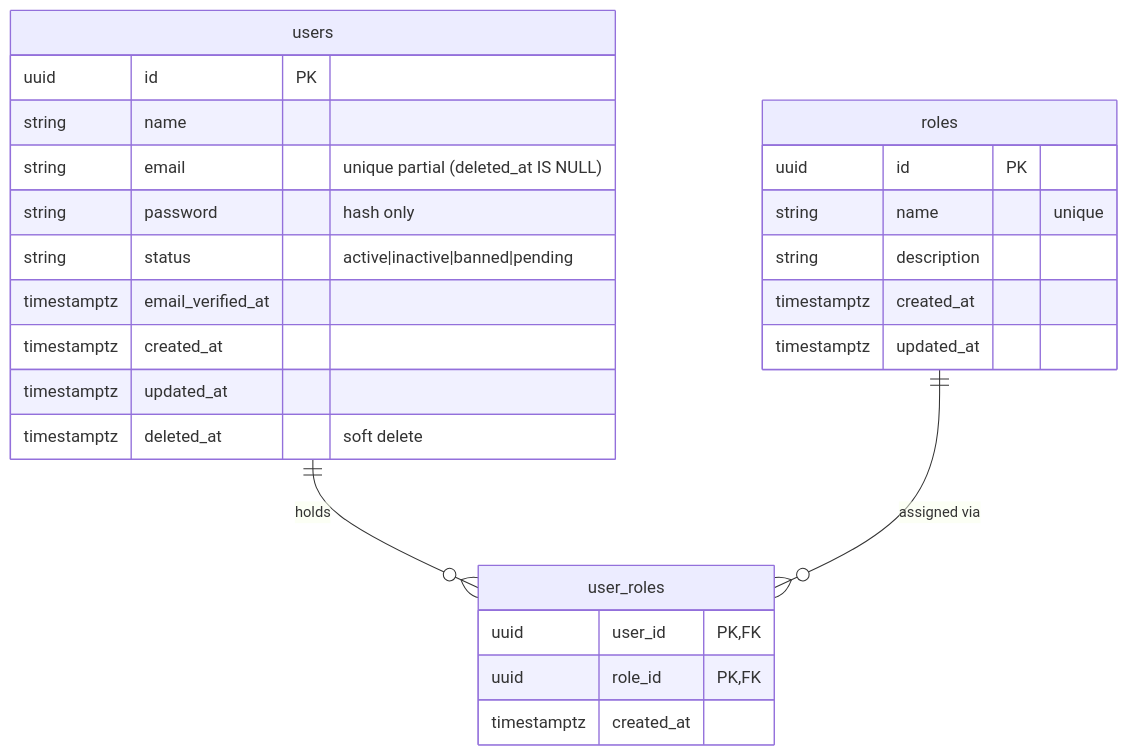
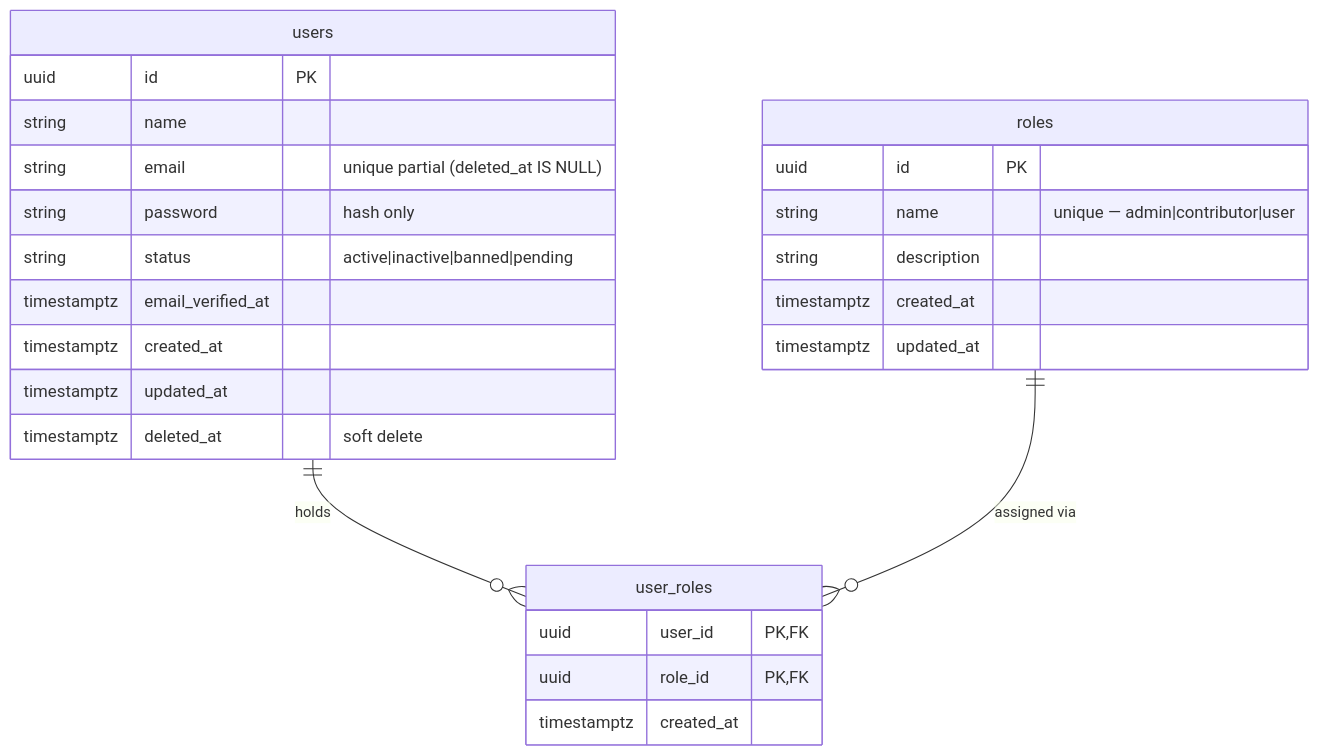
Before and after one commit to lancelotviendangkhoa710/KnowledgeHub_website: the first of 5 diagrams in docs/ERD.md, drawn with Mermaid. The commit also changed other lines of this file and 145 other files, not shown here.

````diff
--- a/docs/ERD.md
+++ b/docs/ERD.md
@@ -11,28 +14,28 @@
 ```mermaid
 erDiagram
     users {
         uuid id PK
         string name
         string email "unique partial (deleted_at IS NULL)"
         string password "hash only"
         string status "active|inactive|banned|pending"
         timestamptz email_verified_at
         timestamptz created_at
         timestamptz updated_at
         timestamptz deleted_at "soft delete"
     }
     roles {
         uuid id PK
-        string name "unique"
+        string name "unique — admin|contributor|user"
         string description
         timestamptz created_at
         timestamptz updated_at
     }
     user_roles {
         uuid user_id PK,FK
         uuid role_id PK,FK
         timestamptz created_at
     }
     users ||--o{ user_roles : "holds"
     roles ||--o{ user_roles : "assigned via"
 ```
````
